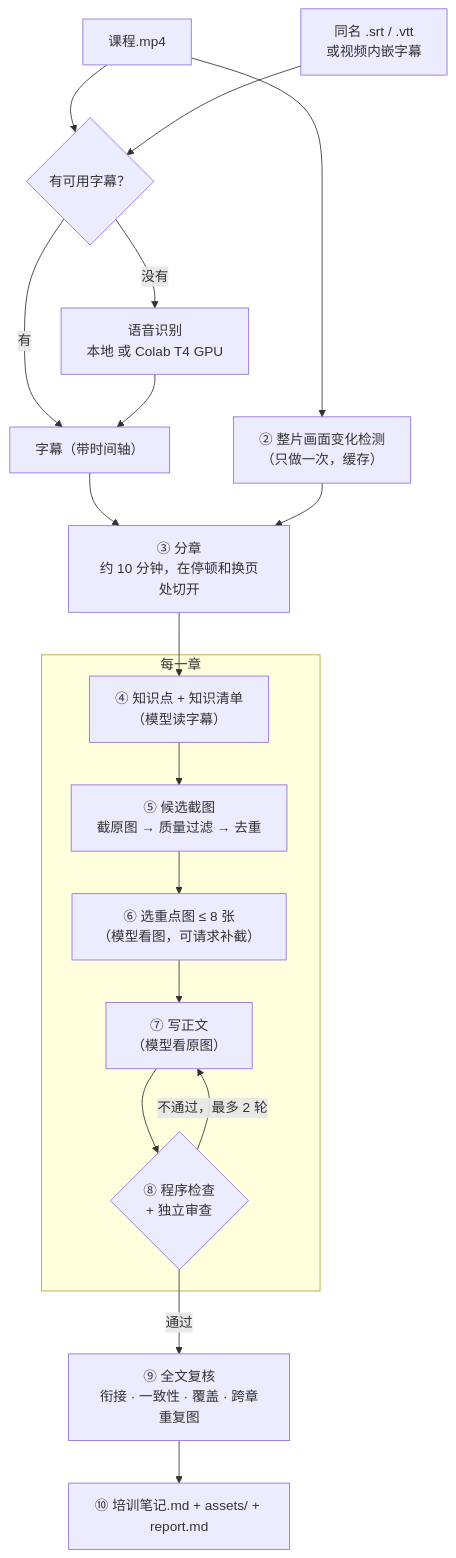
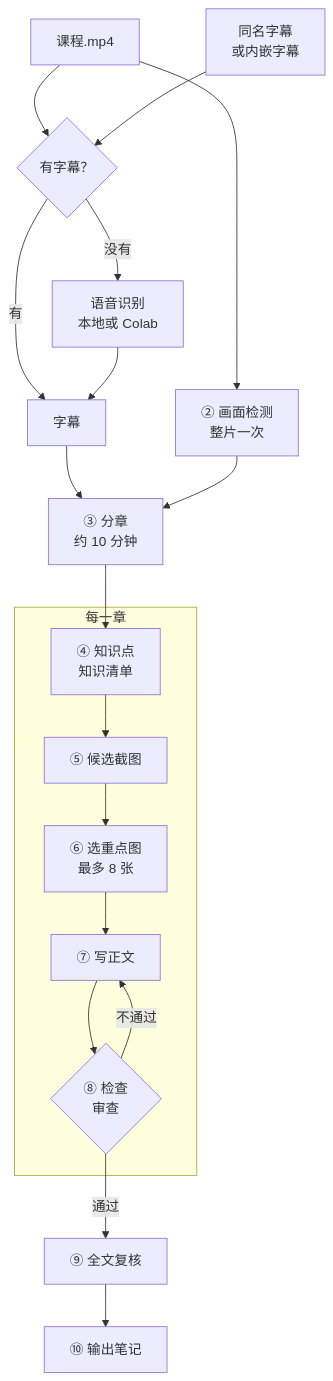
Before and after one commit to songyang8964/video-notes: the fourth of 7 diagrams in README.md, drawn with Mermaid. The commit also changed other lines of this file and 2 other files, not shown here.

Commit message:
README: usage first, short diagram labels, timeline as a table

````diff
--- a/README.md
+++ b/README.md
@@ -94,22 +319,20 @@
 ```mermaid
 flowchart TD
-    V["课程.mp4"] --> S{"有可用字幕？"}
-    SUB["同名 .srt / .vtt<br/>或视频内嵌字幕"] --> S
-    S -- 有 --> CUES["字幕（带时间轴）"]
-    S -- 没有 --> ASR["语音识别<br/>本地 或 Colab T4 GPU"] --> CUES
-    V --> DET["② 整片画面变化检测<br/>（只做一次，缓存）"]
-    CUES --> CH["③ 分章<br/>约 10 分钟，在停顿和换页处切开"]
+    V["课程.mp4"] --> S{"有字幕？"}
+    SUB["同名字幕<br/>或内嵌字幕"] --> S
+    S -- 有 --> CUES["字幕"]
+    S -- 没有 --> ASR["语音识别<br/>本地或 Colab"] --> CUES
+    V --> DET["② 画面检测<br/>整片一次"]
+    CUES --> CH["③ 分章<br/>约 10 分钟"]
     DET --> CH
     CH --> P
-
     subgraph LOOP["每一章"]
-        P["④ 知识点 + 知识清单<br/>（模型读字幕）"] --> C["⑤ 候选截图<br/>截原图 → 质量过滤 → 去重"]
-        C --> SEL["⑥ 选重点图 ≤ 8 张<br/>（模型看图，可请求补截）"]
-        SEL --> W["⑦ 写正文<br/>（模型看原图）"]
-        W --> CHK{"⑧ 程序检查<br/>+ 独立审查"}
-        CHK -- 不通过，最多 2 轮 --> W
+        P["④ 知识点<br/>知识清单"] --> C["⑤ 候选截图"]
+        C --> SEL["⑥ 选重点图<br/>最多 8 张"]
+        SEL --> W["⑦ 写正文"]
+        W --> CHK{"⑧ 检查<br/>审查"}
+        CHK -- 不通过 --> W
     end
-
-    CHK -- 通过 --> G["⑨ 全文复核<br/>衔接 · 一致性 · 覆盖 · 跨章重复图"]
-    G --> OUT["⑩ 培训笔记.md + assets/ + report.md"]
+    CHK -- 通过 --> G["⑨ 全文复核"]
+    G --> OUT["⑩ 输出笔记"]
 ```
````
